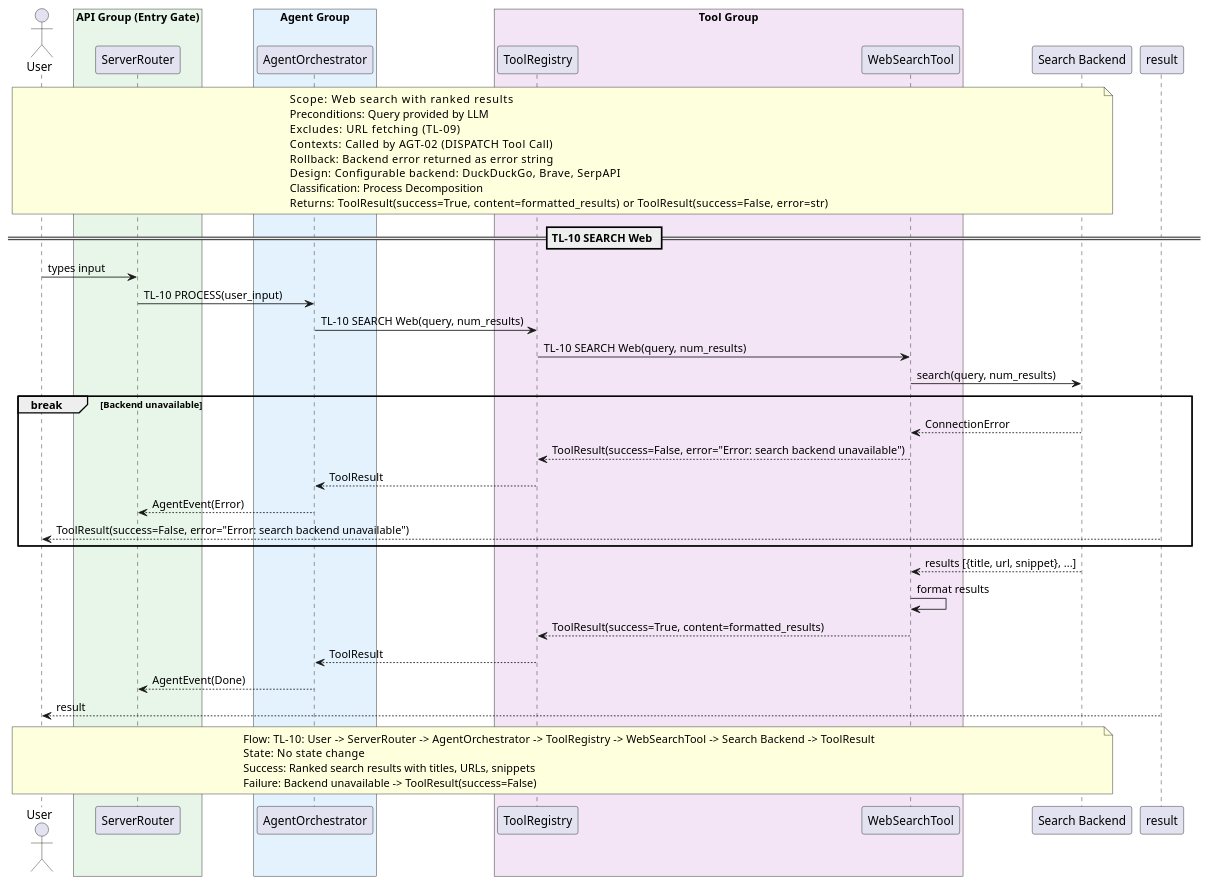
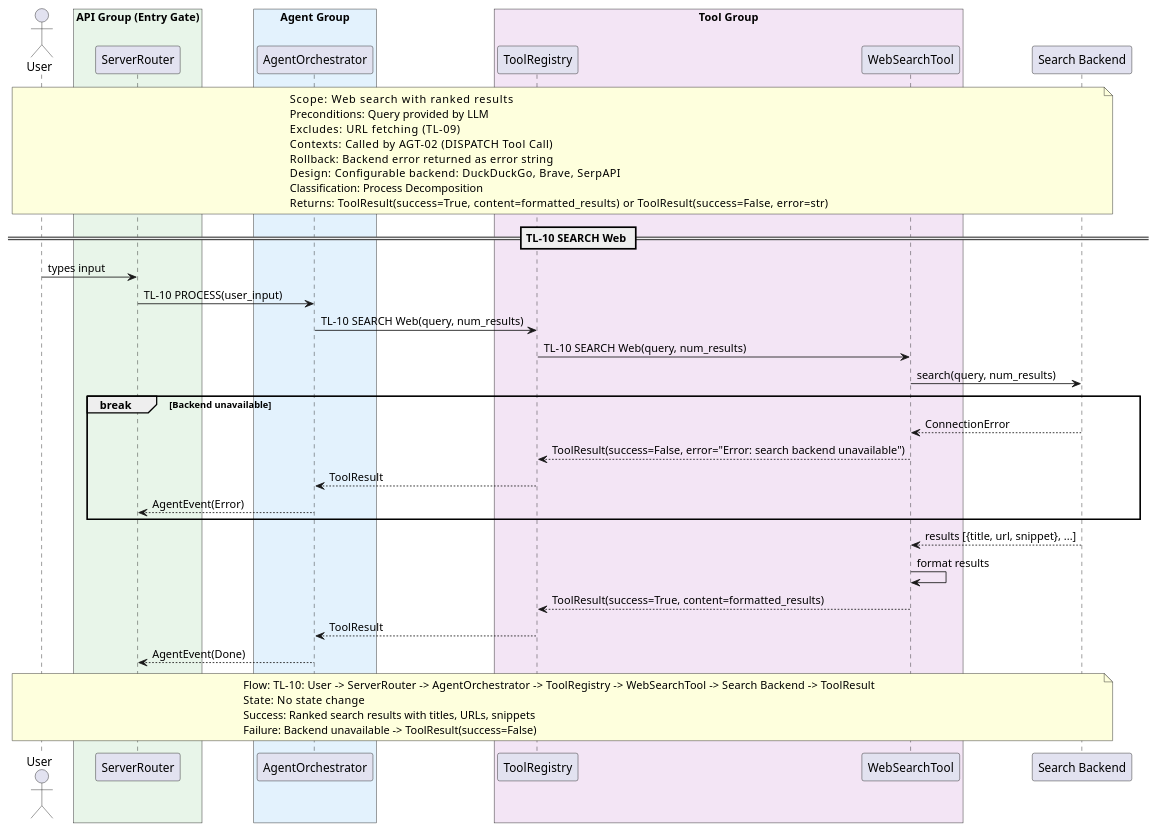
Before and after one commit to salimnamvar/nasim: the diagram in docs/SQ/TL/sq_tl10_search_web.puml, drawn with PlantUML. The commit also changed 133 other files, not shown here.

First line of the commit message:
docs: Refactor sequence diagrams and update documentation for session management and tool operations

```diff
--- a/docs/SQ/TL/sq_tl10_search_web.puml
+++ b/docs/SQ/TL/sq_tl10_search_web.puml
@@ -1,67 +1,65 @@
 @startuml sq_tl10_search_web
 ' ============================================================
 ' Title:     TL-10 — SEARCH Web
 ' Boundary:  nasim code agent CLI
 ' Purpose:   Search the web for information
 ' Milestone: v1.0
 ' Version:   9.1.0
 ' Source:    CAR refinement loop — API-First transformation
 ' Review:    —
 ' ============================================================
 
 actor "User" as user
 
 box "API Group (Entry Gate)" #E8F5E9
   participant "ServerRouter" as router
 end box
 box "Agent Group" #E3F2FD
   participant "AgentOrchestrator" as agent
 end box
 box "Tool Group" #F3E5F5
   participant "ToolRegistry" as registry
   participant "WebSearchTool" as search
 end box
 participant "Search Backend" as backend
 
 note over user, backend
   Scope:          Web search with ranked results
   Preconditions:  Query provided by LLM
   Excludes:       URL fetching (TL-09)
   Contexts:       Called by AGT-02 (DISPATCH Tool Call)
   Rollback:       Backend error returned as error string
   Design:         Configurable backend: DuckDuckGo, Brave, SerpAPI
   Classification: Process Decomposition
   Returns:        ToolResult(success=True, content=formatted_results) or ToolResult(success=False, error=str)
 end note
 
 == TL-10 SEARCH Web ==
 
 user -> router : types input
 router -> agent : TL-10 PROCESS(user_input)
 agent -> registry : TL-10 SEARCH Web(query, num_results)
 registry -> search : TL-10 SEARCH Web(query, num_results)
 search -> backend : search(query, num_results)
 
 break Backend unavailable
     backend --> search : ConnectionError
     search --> registry : ToolResult(success=False, error="Error: search backend unavailable")
     registry --> agent : ToolResult
     agent --> router : AgentEvent(Error)
-    result --> user : ToolResult(success=False, error="Error: search backend unavailable")
 end
 
 backend --> search : results [{title, url, snippet}, ...]
 search -> search : format results
 search --> registry : ToolResult(success=True, content=formatted_results)
 registry --> agent : ToolResult
 agent --> router : AgentEvent(Done)
-result --> user : result
 
 note over user, backend
   Flow:    TL-10: User -> ServerRouter -> AgentOrchestrator -> ToolRegistry -> WebSearchTool -> Search Backend -> ToolResult
   State:   No state change
   Success: Ranked search results with titles, URLs, snippets
   Failure: Backend unavailable -> ToolResult(success=False)
 end note
 
 @enduml
```
